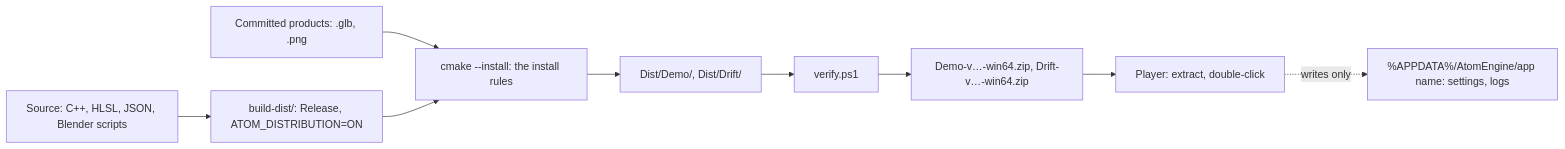
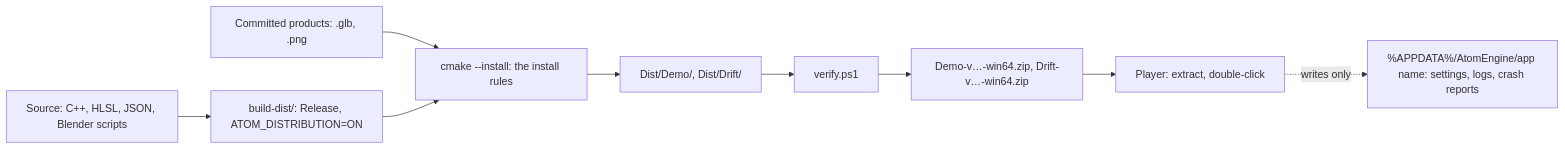
One commit to fgdoliveira/AtomEngine changed the sixth of 6 diagrams in docs/Architecture.md. Above: the diagram before and after it, drawn with Mermaid. The commit also changed other lines of this file and 85 other files, not shown here.

````diff
--- a/docs/Architecture.md
+++ b/docs/Architecture.md
@@ -283,11 +286,11 @@
 ```mermaid
 flowchart LR
     Src[Source: C++, HLSL, JSON, Blender scripts] --> Build[build-dist/: Release, ATOM_DISTRIBUTION=ON]
     Products[Committed products: .glb, .png] --> Install
     Build --> Install[cmake --install: the install rules]
     Install --> Stage[Dist/Demo/, Dist/Drift/]
     Stage --> Verify[verify.ps1]
     Verify --> Zip[Demo-v…-win64.zip, Drift-v…-win64.zip]
     Zip --> Player[Player: extract, double-click]
-    Player -.->|writes only| User[%APPDATA%/AtomEngine/app name: settings, logs]
+    Player -.->|writes only| User[%APPDATA%/AtomEngine/app name: settings, logs, crash reports]
 ```
````
